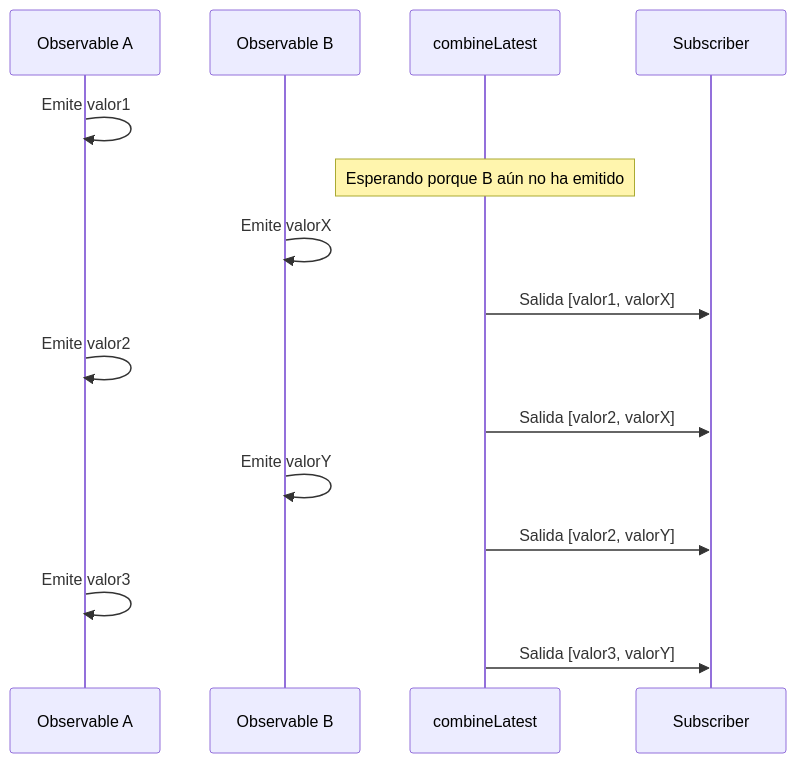
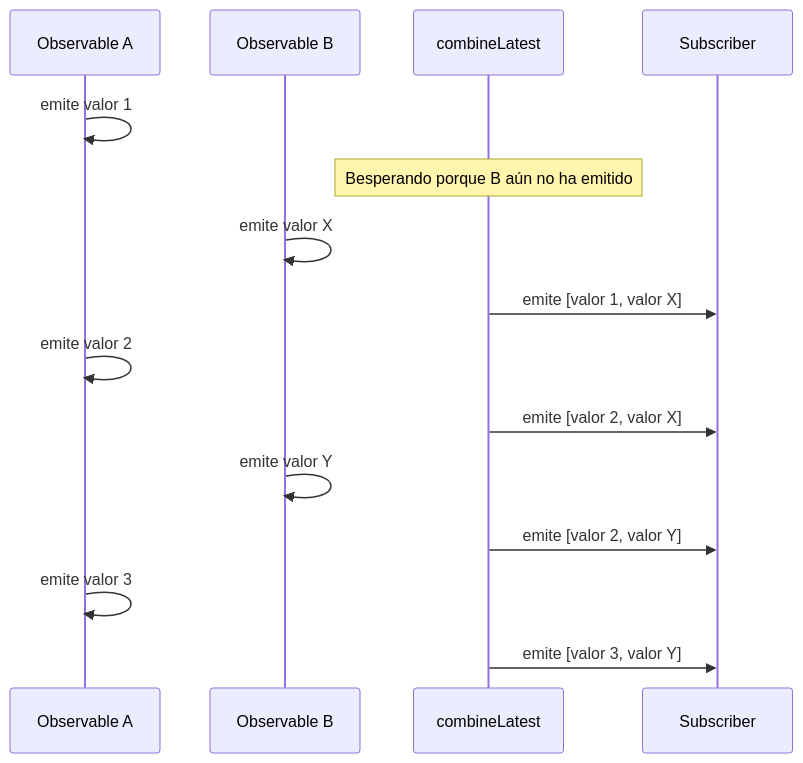
Before and after one commit to shuji-bonji/RxJS-with-TypeScript: the second of 4 diagrams in docs/es/guide/creation-functions/combination/forkJoin-vs-combineLatest.md, drawn with Mermaid. The commit also changed other lines of this file and 6 other files, not shown here.

````diff
--- a/docs/es/guide/creation-functions/combination/forkJoin-vs-combineLatest.md
+++ b/docs/es/guide/creation-functions/combination/forkJoin-vs-combineLatest.md
@@ -54,18 +57,18 @@
 ```mermaid
 sequenceDiagram
     participant A as Observable A
     participant B as Observable B
     participant C as combineLatest
     participant S as Subscriber
 
-    A->>A: Emite valor1
-    Note over C: Esperando porque B aún no ha emitido
-    B->>B: Emite valorX
-    C->>S: Salida [valor1, valorX]
-    A->>A: Emite valor2
-    C->>S: Salida [valor2, valorX]
-    B->>B: Emite valorY
-    C->>S: Salida [valor2, valorY]
-    A->>A: Emite valor3
-    C->>S: Salida [valor3, valorY]
+    A->>A: emite valor 1
+    Note over C: Besperando porque B aún no ha emitido
+    B->>B: emite valor X
+    C->>S: emite [valor 1, valor X]
+    A->>A: emite valor 2
+    C->>S: emite [valor 2, valor X]
+    B->>B: emite valor Y
+    C->>S: emite [valor 2, valor Y]
+    A->>A: emite valor 3
+    C->>S: emite [valor 3, valor Y]
 ```
````
